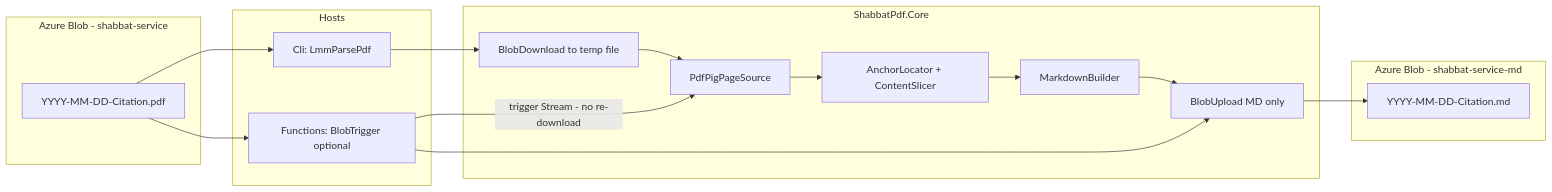
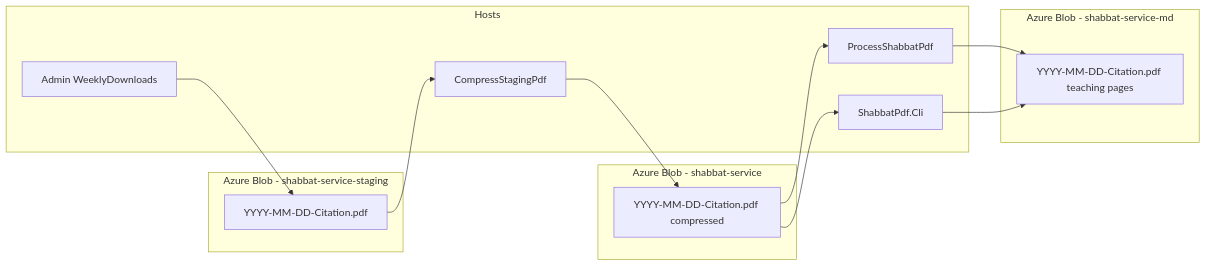
One commit to LivingMessiahJohn/LivingMessiah changed the first of 3 diagrams in ShabbatPdf/docs/design-lmm-parse-pdf.md. Above: the diagram before and after it, drawn with Mermaid. The commit also changed other lines of this file and 26 other files, not shown here.

First line of the commit message:
Split ShabbatPdf into staging compress and teaching extract.

````diff
--- a/ShabbatPdf/docs/design-lmm-parse-pdf.md
+++ b/ShabbatPdf/docs/design-lmm-parse-pdf.md
@@ -126,31 +216,26 @@
 ```mermaid
 flowchart LR
-  subgraph source [Azure Blob - shabbat-service]
-    PDF["YYYY-MM-DD-Citation.pdf"]
+  subgraph staging [Azure Blob - shabbat-service-staging]
+    RAW["YYYY-MM-DD-Citation.pdf"]
+  end
+
+  subgraph service [Azure Blob - shabbat-service]
+    PDF["YYYY-MM-DD-Citation.pdf compressed"]
+  end
+
+  subgraph dest [Azure Blob - shabbat-service-md]
+    TEACH["YYYY-MM-DD-Citation.pdf teaching pages"]
   end
 
   subgraph hosts [Hosts]
-    CLI["Cli: LmmParsePdf"]
-    FN["Functions: BlobTrigger optional"]
+    ADMIN["Admin WeeklyDownloads"]
+    COMP["CompressStagingPdf"]
+    EXT["ProcessShabbatPdf"]
+    CLI["ShabbatPdf.Cli"]
   end
 
-  subgraph core [ShabbatPdf.Core]
-    DL[BlobDownload to temp file]
-    EX[PdfPigPageSource]
-    AN[AnchorLocator + ContentSlicer]
-    MD[MarkdownBuilder]
-    UP[BlobUpload MD only]
-  end
-
-  subgraph dest [Azure Blob - shabbat-service-md]
-    MDFILE["YYYY-MM-DD-Citation.md"]
-  end
-
-  PDF --> CLI
-  PDF --> FN
-  CLI --> DL
-  DL --> EX
-  FN -->|"trigger Stream - no re-download"| EX
-  EX --> AN --> MD --> UP --> MDFILE
-  FN --> UP
+  ADMIN --> RAW
+  RAW --> COMP --> PDF
+  PDF --> EXT --> TEACH
+  PDF --> CLI --> TEACH
 ```
````
